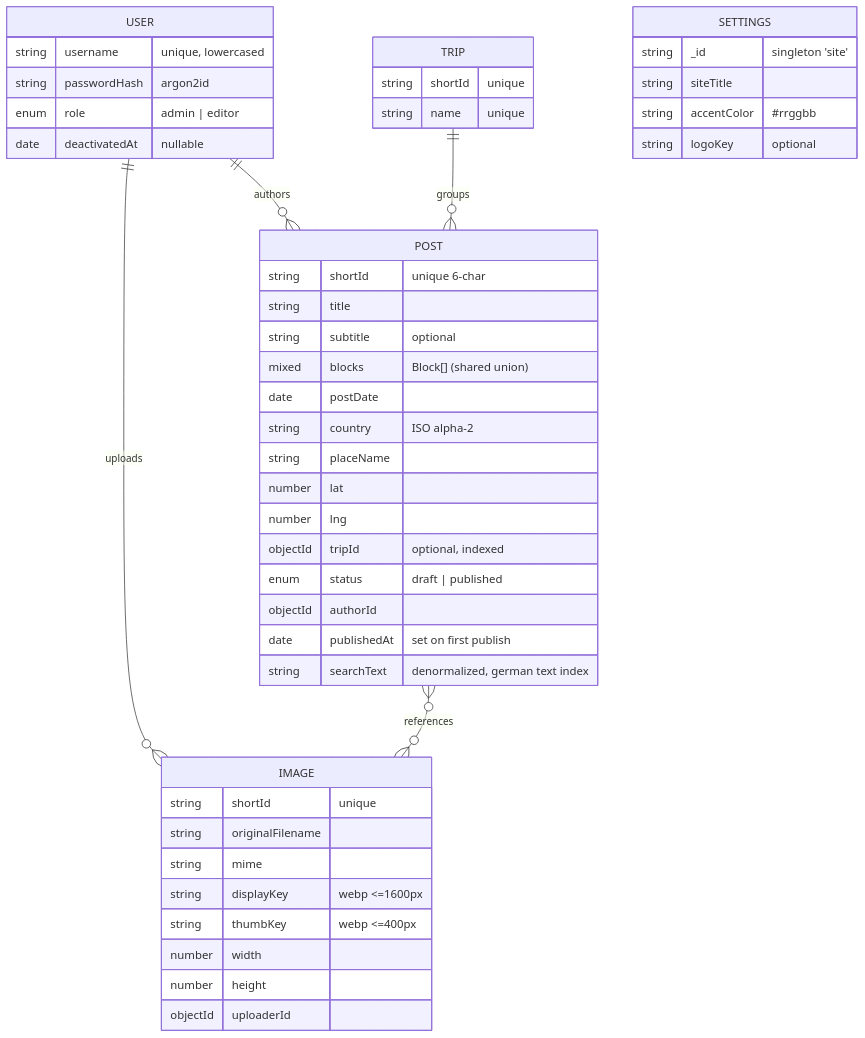
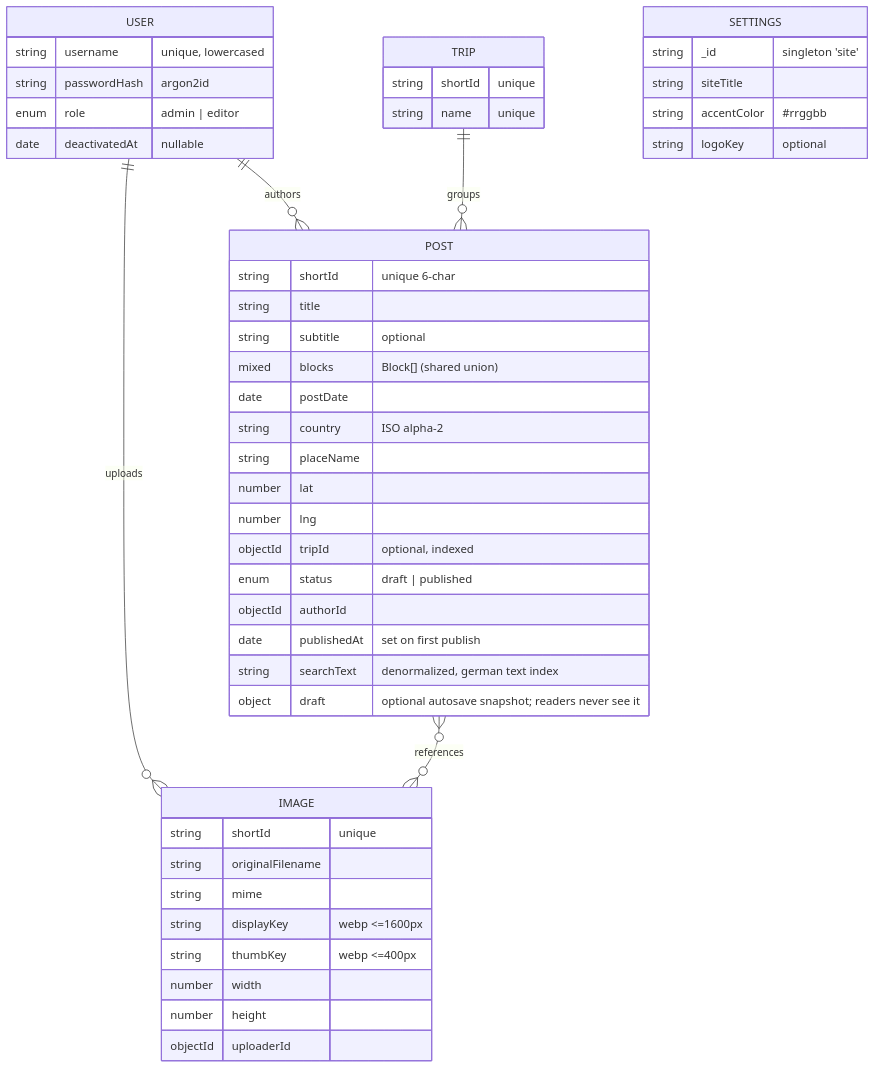
The fourth of 5 diagrams in docs/architecture.md (khaddAle/SimpleTravelBlog), drawn with Mermaid before and after one commit. The commit also changed other lines of this file and 3 other files, not shown here.

First line of the commit message:
docs: refresh api/architecture/target-picture for the round-4 changes

````diff
--- a/docs/architecture.md
+++ b/docs/architecture.md
@@ -128,50 +137,51 @@
 ```mermaid
 erDiagram
   USER ||--o{ POST  : authors
   USER ||--o{ IMAGE : uploads
   TRIP ||--o{ POST  : groups
   POST }o--o{ IMAGE : references
 
   USER {
     string username "unique, lowercased"
     string passwordHash "argon2id"
     enum   role "admin | editor"
     date   deactivatedAt "nullable"
   }
   POST {
     string shortId "unique 6-char"
     string title
     string subtitle "optional"
     mixed  blocks "Block[] (shared union)"
     date   postDate
     string country "ISO alpha-2"
     string placeName
     number lat
     number lng
     objectId tripId "optional, indexed"
     enum   status "draft | published"
     objectId authorId
     date   publishedAt "set on first publish"
     string searchText "denormalized, german text index"
+    object draft "optional autosave snapshot; readers never see it"
   }
   TRIP {
     string shortId "unique"
     string name "unique"
   }
   IMAGE {
     string shortId "unique"
     string originalFilename
     string mime
     string displayKey "webp <=1600px"
     string thumbKey "webp <=400px"
     number width
     number height
     objectId uploaderId
   }
   SETTINGS {
     string _id "singleton 'site'"
     string siteTitle
     string accentColor "#rrggbb"
     string logoKey "optional"
   }
 ```
````
